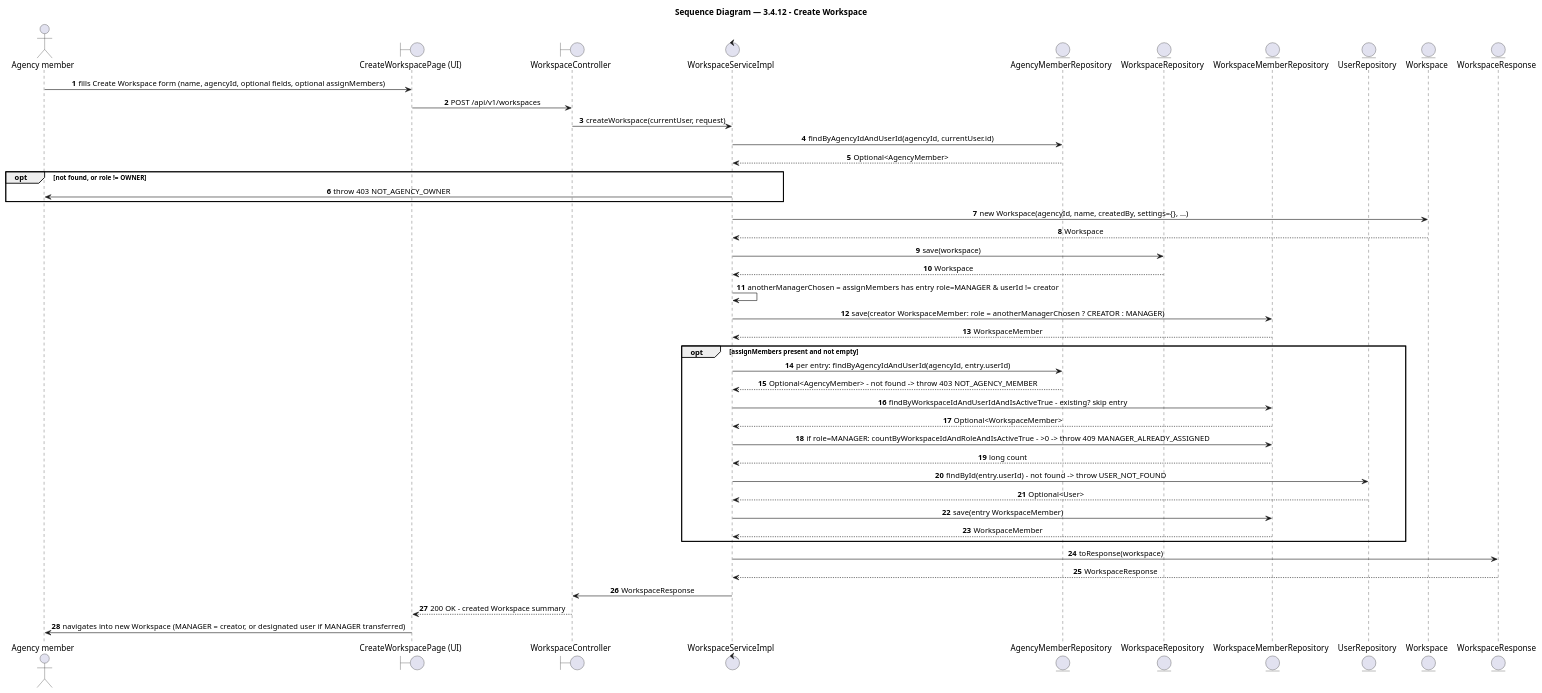
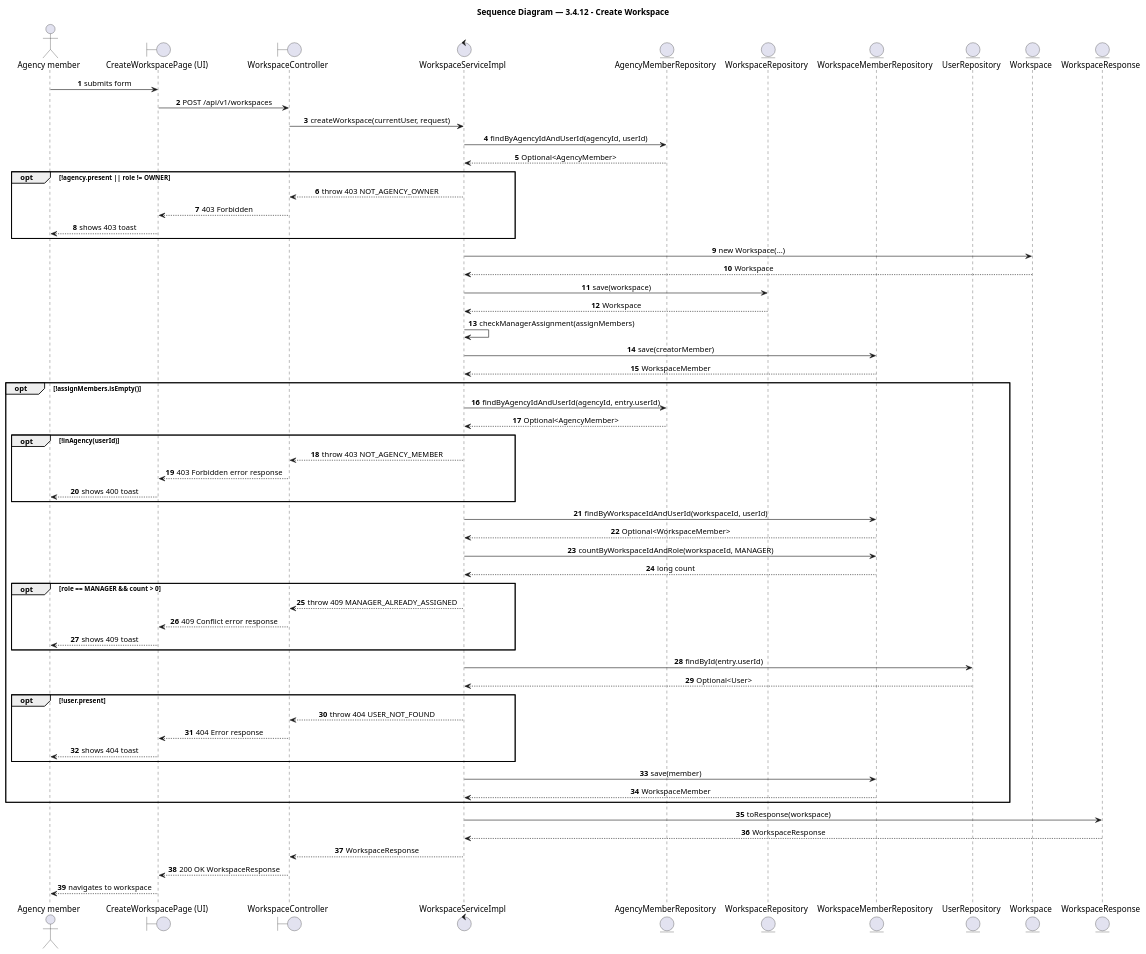
The diagram in docs/feature/agency-workspace/3-4-12-create-workspace/report4_sequence.puml (BrandHubOrganization/brandhub-infrastructure), drawn with PlantUML before and after one commit. The commit also changed 33 other files, not shown here.

Commit message:
docs: add PlantUML sequence diagrams and class diagrams for agency workspace and profile features

```diff
--- a/docs/feature/agency-workspace/3-4-12-create-workspace/report4_sequence.puml
+++ b/docs/feature/agency-workspace/3-4-12-create-workspace/report4_sequence.puml
@@ -1,56 +1,73 @@
 @startuml 3.4.12 - Create Workspace
 title Sequence Diagram — 3.4.12 - Create Workspace
 
 autonumber
 skinparam shadowing false
 skinparam sequenceMessageAlign center
 skinparam BoxPadding 10
 skinparam ParticipantPadding 10
 
 ' === Participants ===
 actor "Agency member" as agency_member
 boundary "CreateWorkspacePage (UI)" as createworkspacepage_ui
 boundary "WorkspaceController" as workspacecontroller
 control "WorkspaceServiceImpl" as workspaceserviceimpl
 entity "AgencyMemberRepository" as agencymemberrepository
 entity "WorkspaceRepository" as workspacerepository
 entity "WorkspaceMemberRepository" as workspacememberrepository
 entity "UserRepository" as userrepository
 entity "Workspace" as workspace
 entity "WorkspaceResponse" as workspaceresponse
 
 ' === Flow ===
-agency_member -> createworkspacepage_ui: fills Create Workspace form (name, agencyId, optional fields, optional assignMembers)
+agency_member -> createworkspacepage_ui: submits form
 createworkspacepage_ui -> workspacecontroller: POST /api/v1/workspaces
 workspacecontroller -> workspaceserviceimpl: createWorkspace(currentUser, request)
-workspaceserviceimpl -> agencymemberrepository: findByAgencyIdAndUserId(agencyId, currentUser.id)
+workspaceserviceimpl -> agencymemberrepository: findByAgencyIdAndUserId(agencyId, userId)
 agencymemberrepository --> workspaceserviceimpl: Optional<AgencyMember>
-opt not found, or role != OWNER
-  workspaceserviceimpl -> agency_member: throw 403 NOT_AGENCY_OWNER
+opt !agency.present || role != OWNER
+  workspaceserviceimpl --> workspacecontroller: throw 403 NOT_AGENCY_OWNER
+  workspacecontroller --> createworkspacepage_ui: 403 Forbidden
+  createworkspacepage_ui --> agency_member: shows 403 toast
 end
-workspaceserviceimpl -> workspace: new Workspace(agencyId, name, createdBy, settings={}, ...)
+workspaceserviceimpl -> workspace: new Workspace(...)
 workspace --> workspaceserviceimpl: Workspace
 workspaceserviceimpl -> workspacerepository: save(workspace)
 workspacerepository --> workspaceserviceimpl: Workspace
-workspaceserviceimpl -> workspaceserviceimpl: anotherManagerChosen = assignMembers has entry role=MANAGER & userId != creator
-workspaceserviceimpl -> workspacememberrepository: save(creator WorkspaceMember: role = anotherManagerChosen ? CREATOR : MANAGER)
+workspaceserviceimpl -> workspaceserviceimpl: checkManagerAssignment(assignMembers)
+workspaceserviceimpl -> workspacememberrepository: save(creatorMember)
 workspacememberrepository --> workspaceserviceimpl: WorkspaceMember
-opt assignMembers present and not empty
-  workspaceserviceimpl -> agencymemberrepository: per entry: findByAgencyIdAndUserId(agencyId, entry.userId)
-  agencymemberrepository --> workspaceserviceimpl: Optional<AgencyMember> - not found -> throw 403 NOT_AGENCY_MEMBER
-  workspaceserviceimpl -> workspacememberrepository: findByWorkspaceIdAndUserIdAndIsActiveTrue - existing? skip entry
+opt !assignMembers.isEmpty()
+  workspaceserviceimpl -> agencymemberrepository: findByAgencyIdAndUserId(agencyId, entry.userId)
+  agencymemberrepository --> workspaceserviceimpl: Optional<AgencyMember>
+  opt !inAgency(userId)
+    workspaceserviceimpl --> workspacecontroller: throw 403 NOT_AGENCY_MEMBER
+    workspacecontroller --> createworkspacepage_ui: 403 Forbidden error response
+    createworkspacepage_ui --> agency_member: shows 400 toast
+  end
+  workspaceserviceimpl -> workspacememberrepository: findByWorkspaceIdAndUserId(workspaceId, userId)
   workspacememberrepository --> workspaceserviceimpl: Optional<WorkspaceMember>
-  workspaceserviceimpl -> workspacememberrepository: if role=MANAGER: countByWorkspaceIdAndRoleAndIsActiveTrue - >0 -> throw 409 MANAGER_ALREADY_ASSIGNED
+  workspaceserviceimpl -> workspacememberrepository: countByWorkspaceIdAndRole(workspaceId, MANAGER)
   workspacememberrepository --> workspaceserviceimpl: long count
-  workspaceserviceimpl -> userrepository: findById(entry.userId) - not found -> throw USER_NOT_FOUND
+  opt role == MANAGER && count > 0
+    workspaceserviceimpl --> workspacecontroller: throw 409 MANAGER_ALREADY_ASSIGNED
+    workspacecontroller --> createworkspacepage_ui: 409 Conflict error response
+    createworkspacepage_ui --> agency_member: shows 409 toast
+  end
+  workspaceserviceimpl -> userrepository: findById(entry.userId)
   userrepository --> workspaceserviceimpl: Optional<User>
-  workspaceserviceimpl -> workspacememberrepository: save(entry WorkspaceMember)
+  opt !user.present
+    workspaceserviceimpl --> workspacecontroller: throw 404 USER_NOT_FOUND
+    workspacecontroller --> createworkspacepage_ui: 404 Error response
+    createworkspacepage_ui --> agency_member: shows 404 toast
+  end
+  workspaceserviceimpl -> workspacememberrepository: save(member)
   workspacememberrepository --> workspaceserviceimpl: WorkspaceMember
 end
 workspaceserviceimpl -> workspaceresponse: toResponse(workspace)
 workspaceresponse --> workspaceserviceimpl: WorkspaceResponse
-workspaceserviceimpl -> workspacecontroller: WorkspaceResponse
-workspacecontroller --> createworkspacepage_ui: 200 OK - created Workspace summary
-createworkspacepage_ui -> agency_member: navigates into new Workspace (MANAGER = creator, or designated user if MANAGER transferred)
+workspaceserviceimpl --> workspacecontroller: WorkspaceResponse
+workspacecontroller --> createworkspacepage_ui: 200 OK WorkspaceResponse
+createworkspacepage_ui --> agency_member: navigates to workspace
 
 @enduml
```
